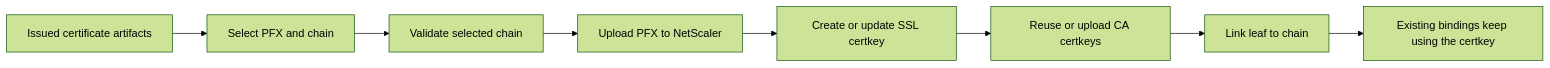
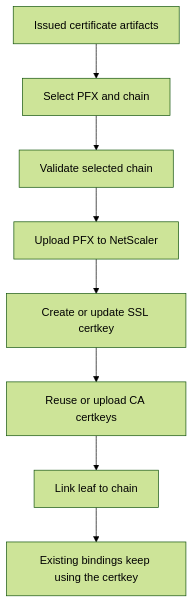
One commit to j81blog/NetScalerToolkit changed the diagram in Docs/docs/certificates/deployment.md. Above: the diagram before and after it, drawn with Mermaid (forest theme). The commit also changed 4156 other files, not shown here.

````diff
--- a/Docs/docs/certificates/deployment.md
+++ b/Docs/docs/certificates/deployment.md
@@ -7,10 +7,10 @@
 ```mermaid
-flowchart LR
+flowchart TD
     A[Issued certificate artifacts] --> B[Select PFX and chain]
     B --> C[Validate selected chain]
     C --> D[Upload PFX to NetScaler]
     D --> E[Create or update SSL certkey]
     E --> F[Reuse or upload CA certkeys]
     F --> G[Link leaf to chain]
     G --> H[Existing bindings keep using the certkey]
 ```
````
